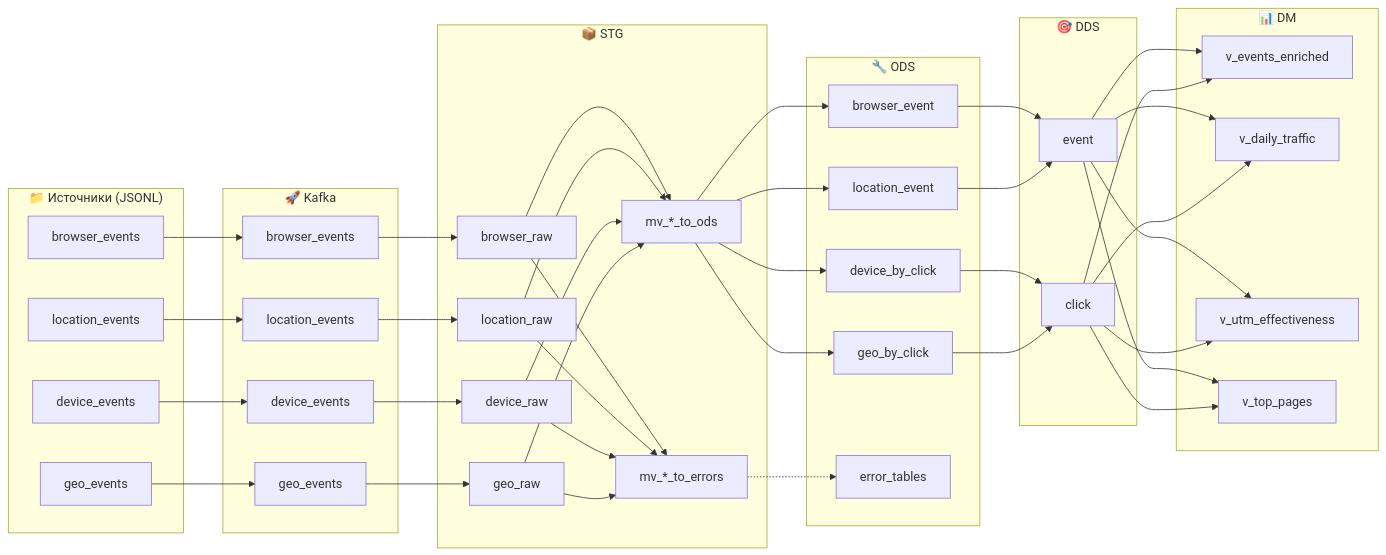
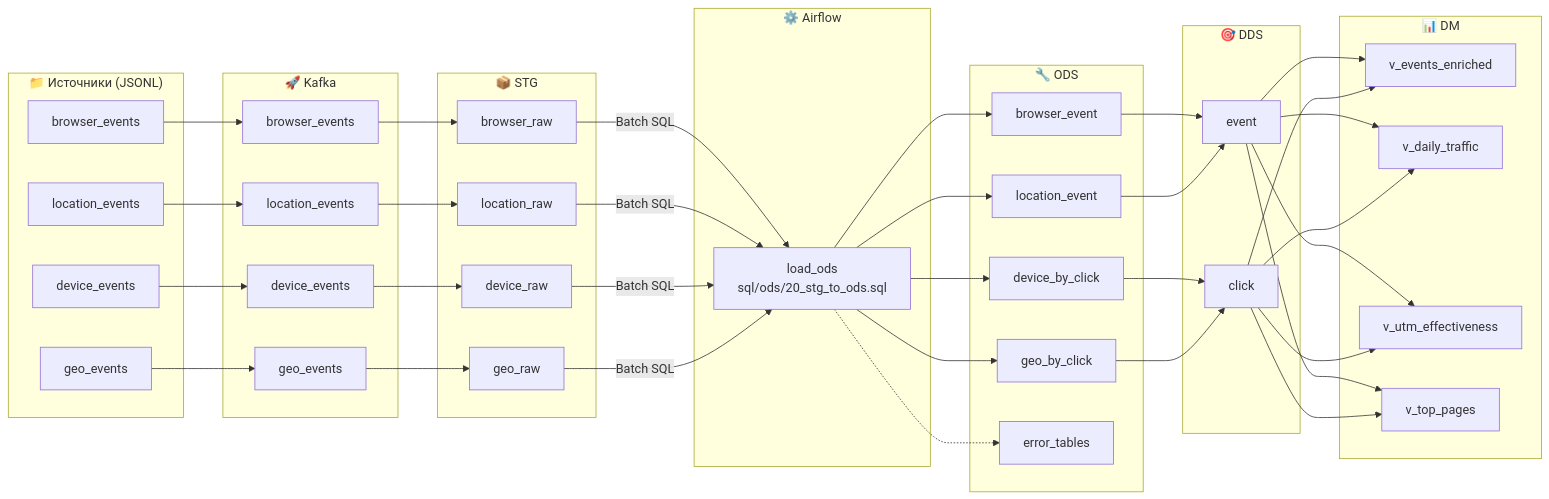
One commit to dementev-dev/clickstream-ch-kafka-superset-demo changed the first of 6 diagrams in docs/ARCHITECTURE.md. Above: the diagram before and after it, drawn with Mermaid. The commit also changed other lines of this file and 9 other files, not shown here.

Commit message:
Move STG->ODS to Airflow batch and align monitoring

````diff
--- a/docs/ARCHITECTURE.md
+++ b/docs/ARCHITECTURE.md
@@ -26,54 +26,64 @@
 ```mermaid
 flowchart LR
     subgraph Sources["📁 Источники (JSONL)"]
         BE[browser_events]
         LE[location_events]
         DE[device_events]
         GE[geo_events]
     end
 
     subgraph Kafka["🚀 Kafka"]
         K1[browser_events]
         K2[location_events]
         K3[device_events]
         K4[geo_events]
     end
 
     subgraph STG["📦 STG"]
         S1[browser_raw]
         S2[location_raw]
         S3[device_raw]
         S4[geo_raw]
-        MV1[mv_*_to_ods]
-        MV2[mv_*_to_errors]
+    end
+
+    subgraph AF["⚙️ Airflow"]
+        B1[load_ods<br/>sql/ods/20_stg_to_ods.sql]
     end
 
     subgraph ODS["🔧 ODS"]
         O1[browser_event]
         O2[location_event]
         O3[device_by_click]
         O4[geo_by_click]
         OE[error_tables]
     end
 
     subgraph DDS["🎯 DDS"]
         DE1[event]
         DC1[click]
     end
 
     subgraph DM["📊 DM"]
         DM1[v_events_enriched]
         DM2[v_daily_traffic]
         DM3[v_utm_effectiveness]
         DM4[v_top_pages]
     end
 
-    BE --> K1 --> S1 --> MV1 --> O1 --> DE1 --> DM1
-    LE --> K2 --> S2 --> MV1 --> O2 --> DE1
-    DE --> K3 --> S3 --> MV1 --> O3 --> DC1 --> DM1
-    GE --> K4 --> S4 --> MV1 --> O4 --> DC1
-    
-    S1 & S2 & S3 & S4 --> MV2 -.-> OE
+    BE --> K1 --> S1
+    LE --> K2 --> S2
+    DE --> K3 --> S3
+    GE --> K4 --> S4
+
+    S1 & S2 & S3 & S4 -->|Batch SQL| B1
+    B1 --> O1 & O2 & O3 & O4
+    B1 -.-> OE
+    O1 --> DE1
+    O2 --> DE1
+    O3 --> DC1
+    O4 --> DC1
+    DE1 --> DM1
+    DC1 --> DM1
     DE1 --> DM2 & DM3 & DM4
     DC1 --> DM2 & DM3 & DM4
 ```
````
